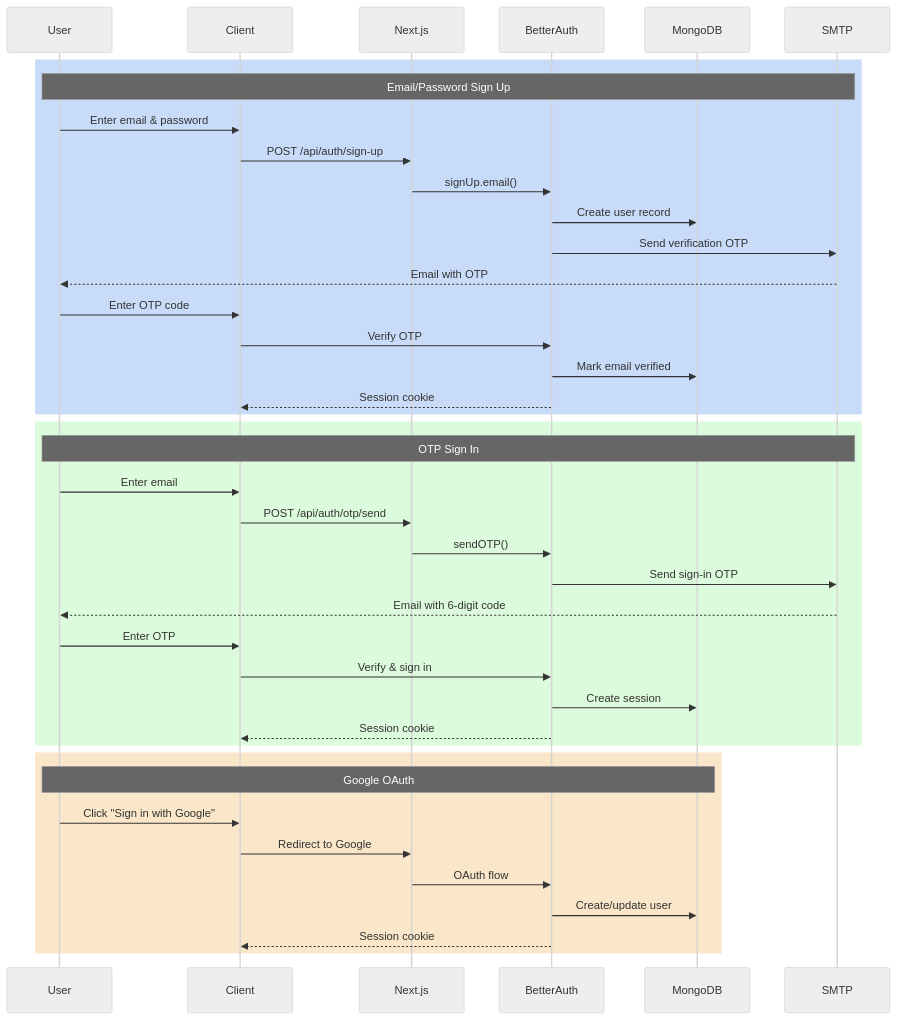
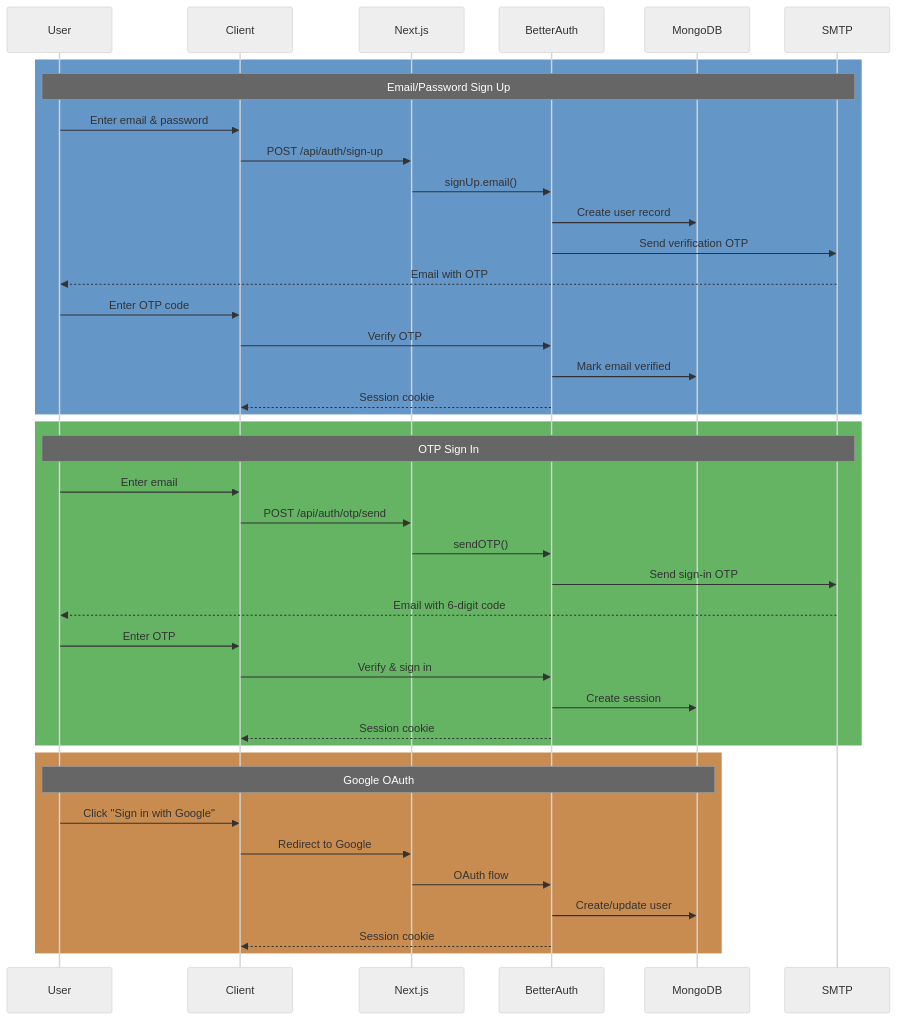
Before and after one commit to Prathamesh-chougale-17/modern-stack-template: the second of 5 diagrams in README.md, drawn with Mermaid (neutral theme). The commit also changed other lines of this file, not shown here.

````diff
--- a/README.md
+++ b/README.md
@@ -113,45 +112,45 @@
 ```mermaid
 sequenceDiagram
     participant User
     participant Client
     participant Next.js
     participant BetterAuth
     participant MongoDB
     participant SMTP
 
-    rect rgb(200, 220, 250)
+    rect rgb(100, 150, 200)
         Note over User,SMTP: Email/Password Sign Up
         User->>Client: Enter email & password
         Client->>Next.js: POST /api/auth/sign-up
         Next.js->>BetterAuth: signUp.email()
         BetterAuth->>MongoDB: Create user record
         BetterAuth->>SMTP: Send verification OTP
         SMTP-->>User: Email with OTP
         User->>Client: Enter OTP code
         Client->>BetterAuth: Verify OTP
         BetterAuth->>MongoDB: Mark email verified
         BetterAuth-->>Client: Session cookie
     end
 
-    rect rgb(220, 250, 220)
+    rect rgb(100, 180, 100)
         Note over User,SMTP: OTP Sign In
         User->>Client: Enter email
         Client->>Next.js: POST /api/auth/otp/send
         Next.js->>BetterAuth: sendOTP()
         BetterAuth->>SMTP: Send sign-in OTP
         SMTP-->>User: Email with 6-digit code
         User->>Client: Enter OTP
         Client->>BetterAuth: Verify & sign in
         BetterAuth->>MongoDB: Create session
         BetterAuth-->>Client: Session cookie
     end
 
-    rect rgb(250, 230, 200)
+    rect rgb(200, 140, 80)
         Note over User,MongoDB: Google OAuth
         User->>Client: Click "Sign in with Google"
         Client->>Next.js: Redirect to Google
         Next.js->>BetterAuth: OAuth flow
         BetterAuth->>MongoDB: Create/update user
         BetterAuth-->>Client: Session cookie
     end
 ```
````
